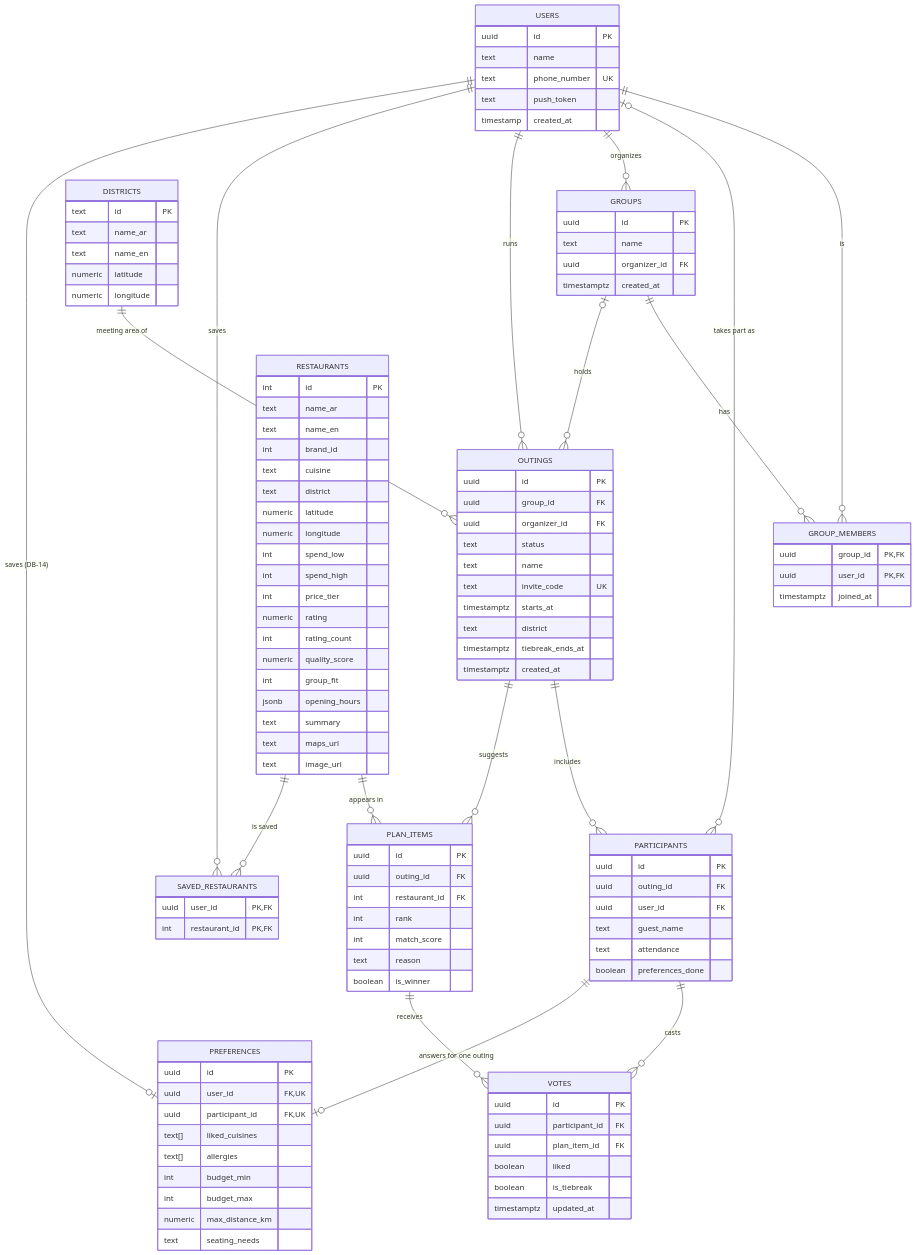
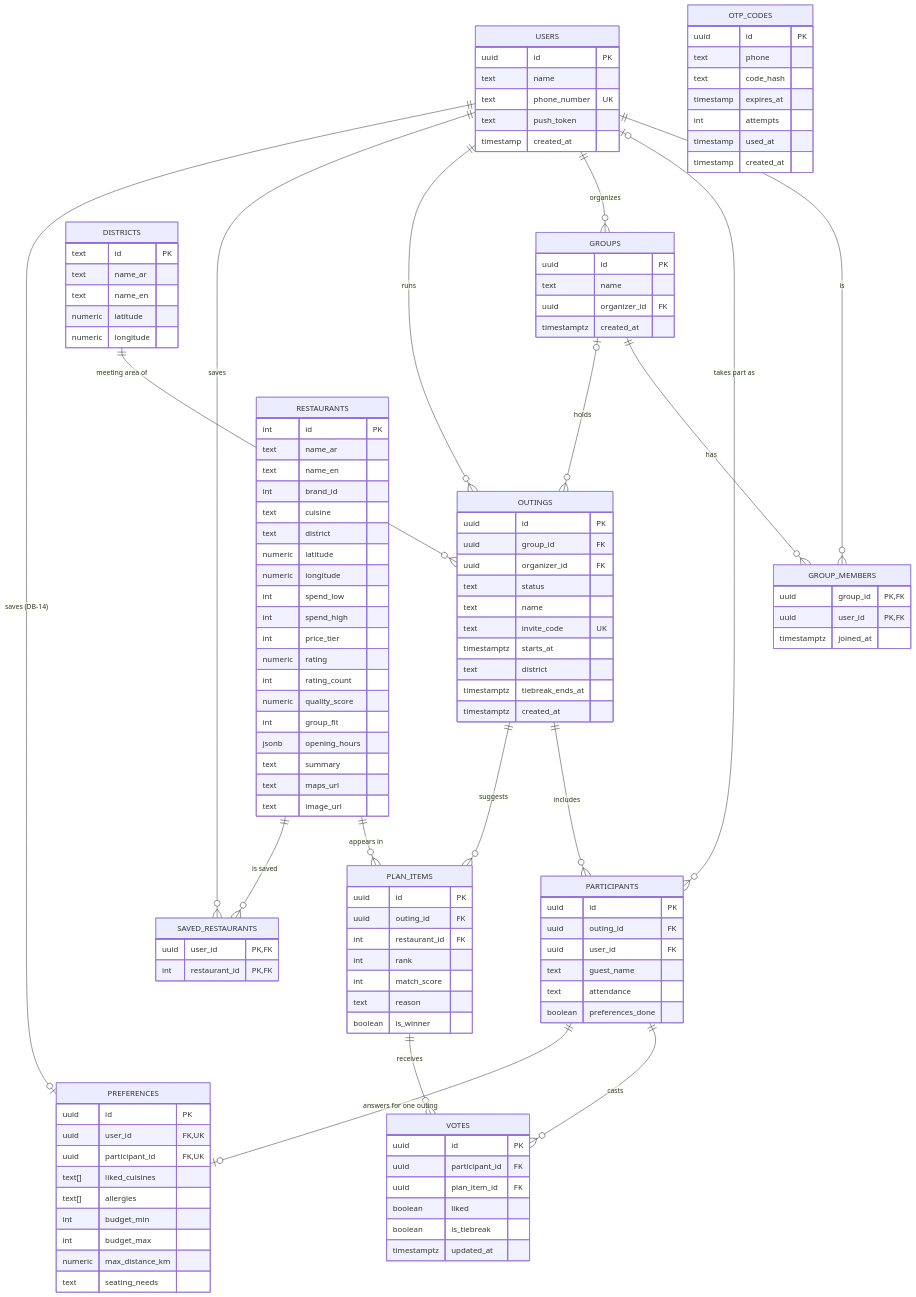
Before and after one commit to shathaaa1110-arch/Portfolio-Project: the second of 11 diagrams in Docs/TechnicalDoc.md, drawn with Mermaid. The commit also changed other lines of this file and 7 other files, not shown here.

```diff
--- a/Docs/TechnicalDoc.md
+++ b/Docs/TechnicalDoc.md
@@ -357,6 +357,15 @@
         text name
         text phone_number UK
         text push_token
+        timestamp created_at
+    }
+    OTP_CODES {
+        uuid id PK
+        text phone
+        text code_hash
+        timestamp expires_at
+        int attempts
+        timestamp used_at
         timestamp created_at
     }
     GROUPS {
```
